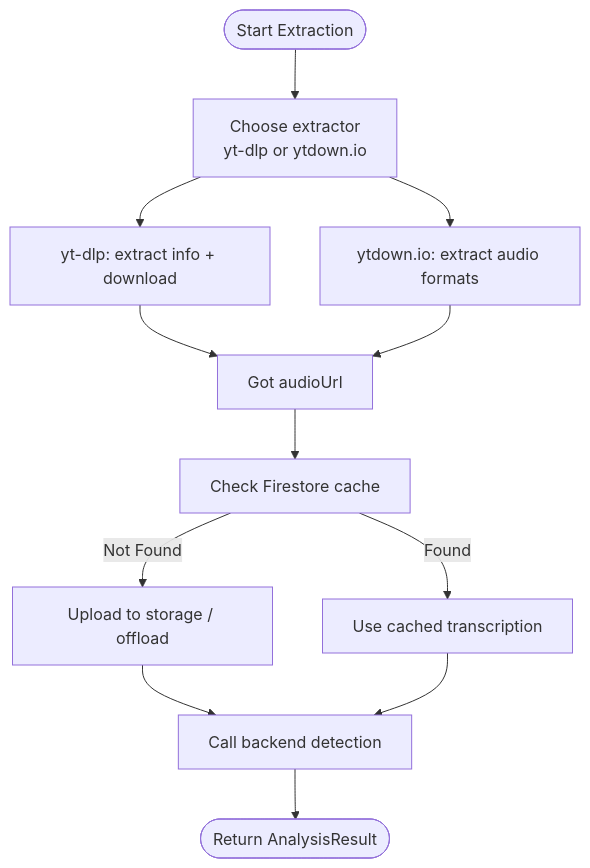
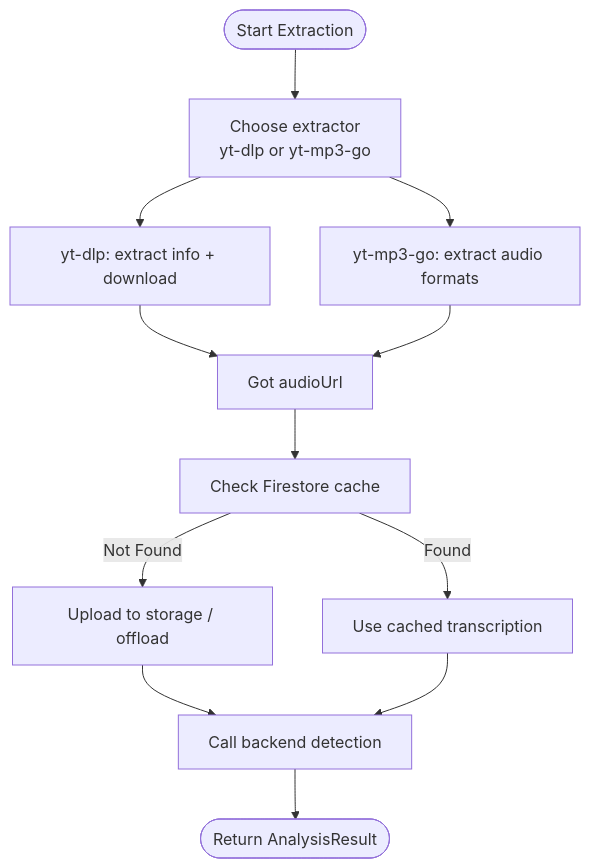
The third of 8 diagrams in .qoder/repowiki/en/content/Audio Processing and Analysis/Audio Processing and Analysis.md (ptnghia-j/ChordMiniApp), drawn with Mermaid before and after one commit. The commit also changed other lines of this file and 18 other files, not shown here.

````diff
--- a/.qoder/repowiki/en/content/Audio Processing and Analysis/Audio Processing and Analysis.md
+++ b/.qoder/repowiki/en/content/Audio Processing and Analysis/Audio Processing and Analysis.md
@@ -163,14 +163,14 @@
 ```mermaid
 flowchart TD
-Start(["Start Extraction"]) --> Choose["Choose extractor<br/>yt-dlp or ytdown.io"]
+Start(["Start Extraction"]) --> Choose["Choose extractor<br/>yt-dlp or yt-mp3-go"]
 Choose --> YTDL["yt-dlp: extract info + download"]
-Choose --> YTDIO["ytdown.io: extract audio formats"]
+Choose --> YTMP3["yt-mp3-go: extract audio formats"]
 YTDL --> GotURL["Got audioUrl"]
-YTDIO --> GotURL
+YTMP3 --> GotURL
 GotURL --> CacheCheck["Check Firestore cache"]
 CacheCheck --> |Found| UseCache["Use cached transcription"]
 CacheCheck --> |Not Found| Upload["Upload to storage / offload"]
 Upload --> Analyze["Call backend detection"]
 UseCache --> Analyze
 Analyze --> Done(["Return AnalysisResult"])
 ```
````
